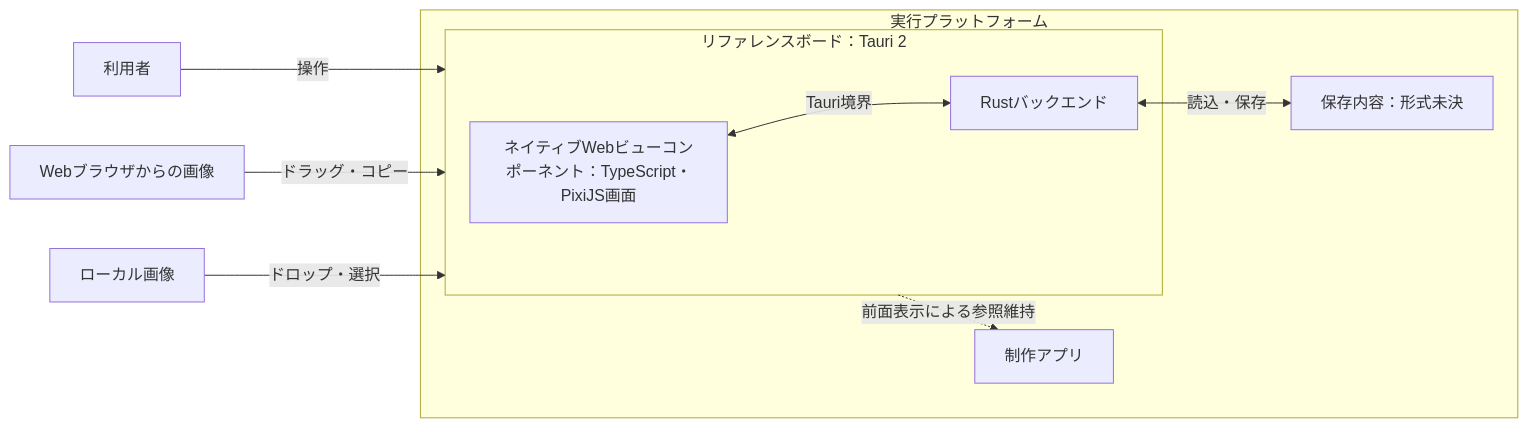
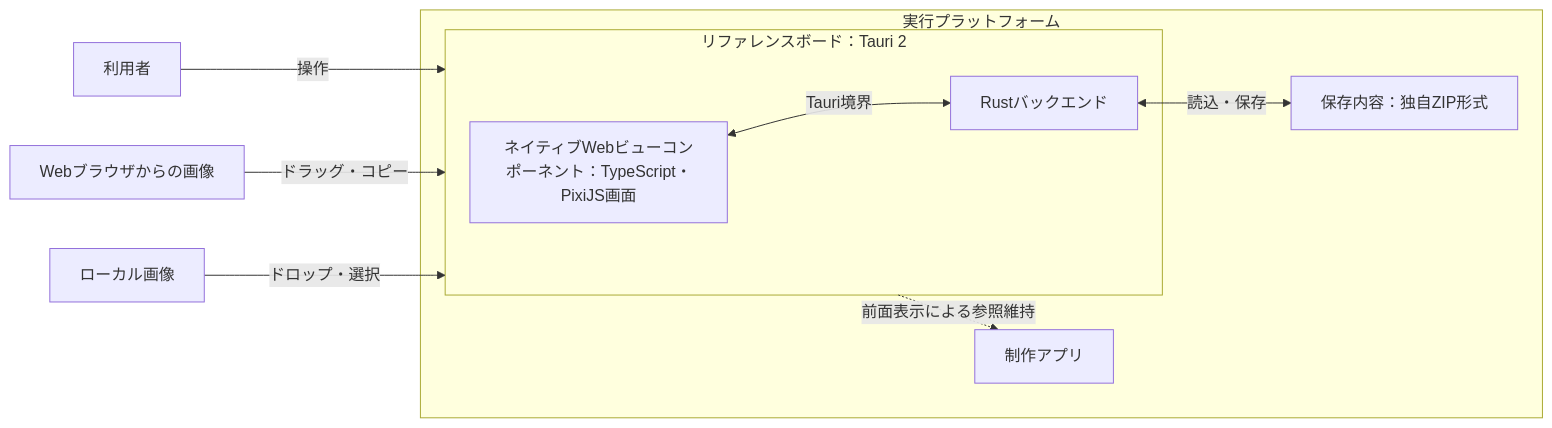
One commit to myzkkzy/reference-app changed the first of 3 diagrams in docs/product-design/architecture.md. Above: the diagram before and after it, drawn with Mermaid. The commit also changed other lines of this file and 7 other files, not shown here.

````diff
--- a/docs/product-design/architecture.md
+++ b/docs/product-design/architecture.md
@@ -32,15 +33,15 @@
 ```mermaid
 flowchart LR
     person["利用者"] -->|"操作"| app
     browser["Webブラウザからの画像"] -->|"ドラッグ・コピー"| app
     files["ローカル画像"] -->|"ドロップ・選択"| app
     subgraph win["実行プラットフォーム"]
         subgraph app["リファレンスボード：Tauri 2"]
             web["ネイティブWebビューコンポーネント：TypeScript・PixiJS画面"] <-->|"Tauri境界"| rust["Rustバックエンド"]
         end
-        saved["保存内容：形式未決"]
+        saved["保存内容：独自ZIP形式"]
         paint["制作アプリ"]
     end
     rust <-->|"読込・保存"| saved
     app -.->|"前面表示による参照維持"| paint
 ```
````
